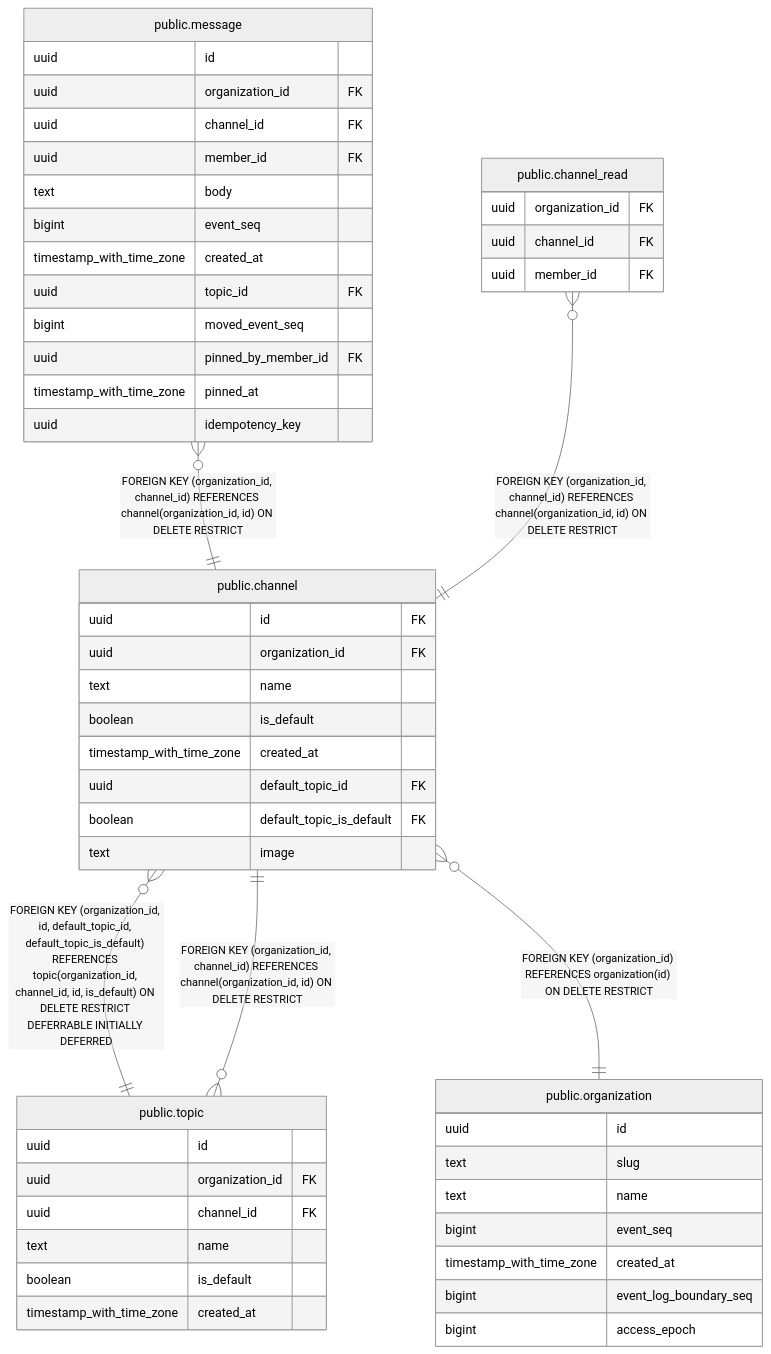
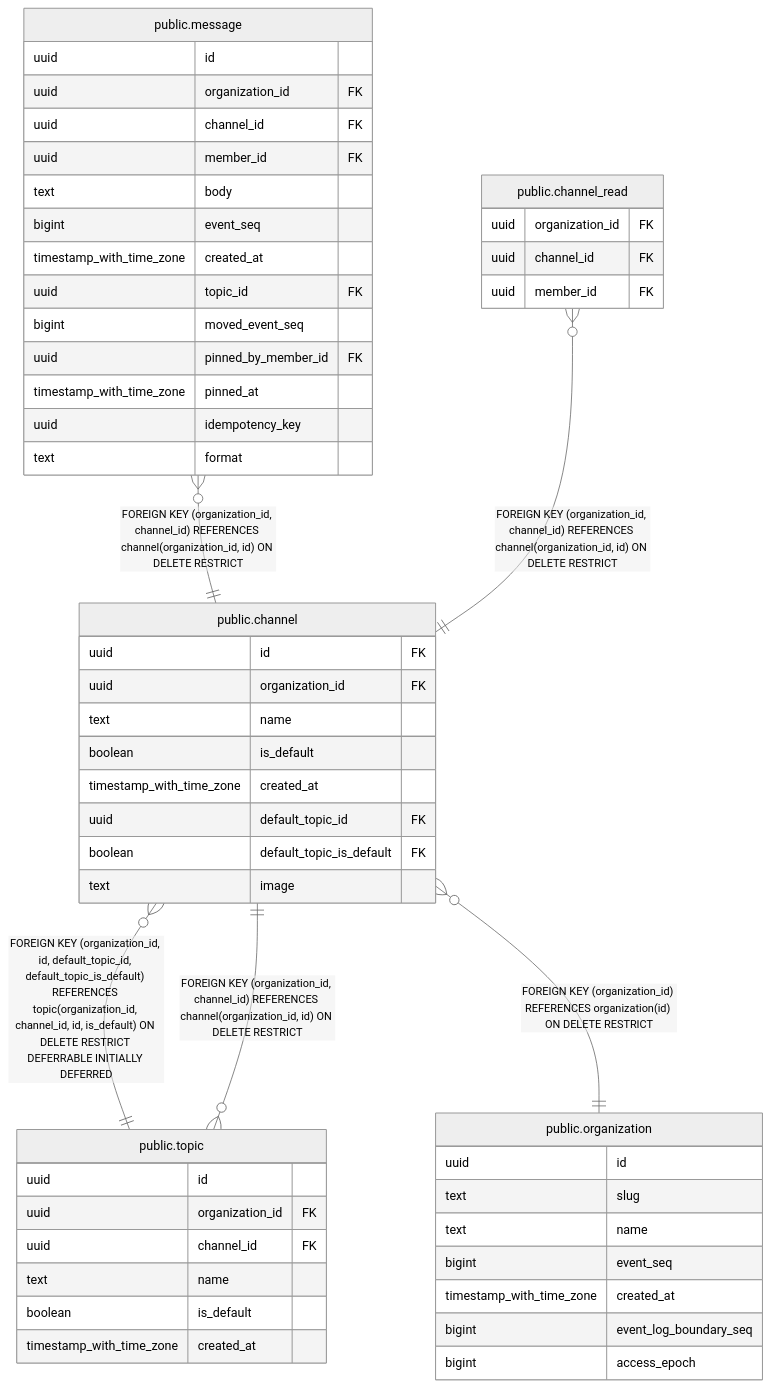
The diagram in docs/schema/public.channel.md (tkakkie/ribbitto), drawn with Mermaid (neutral theme) before and after one commit. The commit also changed 32 other files, not shown here.

````diff
--- a/docs/schema/public.channel.md
+++ b/docs/schema/public.channel.md
@@ -47,56 +47,57 @@
 ```mermaid
 erDiagram
 
 "public.channel" }o--|| "public.topic" : "FOREIGN KEY (organization_id, id, default_topic_id, default_topic_is_default) REFERENCES topic(organization_id, channel_id, id, is_default) ON DELETE RESTRICT DEFERRABLE INITIALLY DEFERRED"
 "public.message" }o--|| "public.channel" : "FOREIGN KEY (organization_id, channel_id) REFERENCES channel(organization_id, id) ON DELETE RESTRICT"
 "public.topic" }o--|| "public.channel" : "FOREIGN KEY (organization_id, channel_id) REFERENCES channel(organization_id, id) ON DELETE RESTRICT"
 "public.channel_read" }o--|| "public.channel" : "FOREIGN KEY (organization_id, channel_id) REFERENCES channel(organization_id, id) ON DELETE RESTRICT"
 "public.channel" }o--|| "public.organization" : "FOREIGN KEY (organization_id) REFERENCES organization(id) ON DELETE RESTRICT"
 
 "public.channel" {
   uuid id FK
   uuid organization_id FK
   text name
   boolean is_default
   timestamp_with_time_zone created_at
   uuid default_topic_id FK
   boolean default_topic_is_default FK
   text image
 }
 "public.topic" {
   uuid id
   uuid organization_id FK
   uuid channel_id FK
   text name
   boolean is_default
   timestamp_with_time_zone created_at
 }
 "public.message" {
   uuid id
   uuid organization_id FK
   uuid channel_id FK
   uuid member_id FK
   text body
   bigint event_seq
   timestamp_with_time_zone created_at
   uuid topic_id FK
   bigint moved_event_seq
   uuid pinned_by_member_id FK
   timestamp_with_time_zone pinned_at
   uuid idempotency_key
+  text format
 }
 "public.channel_read" {
   uuid organization_id FK
   uuid channel_id FK
   uuid member_id FK
 }
 "public.organization" {
   uuid id
   text slug
   text name
   bigint event_seq
   timestamp_with_time_zone created_at
   bigint event_log_boundary_seq
   bigint access_epoch
 }
 ```
````
